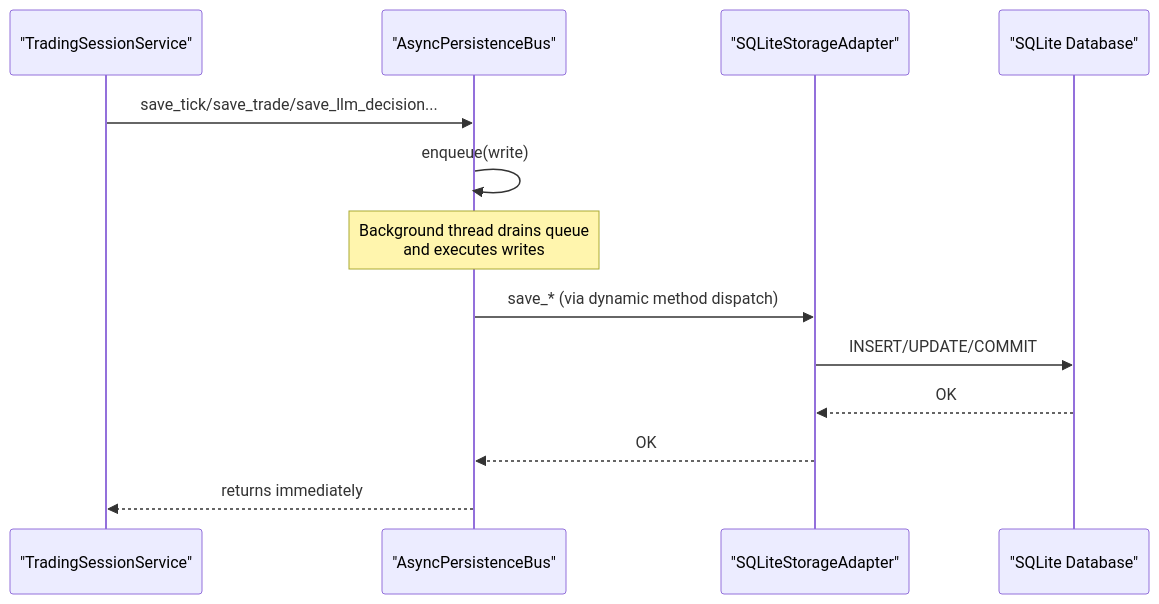
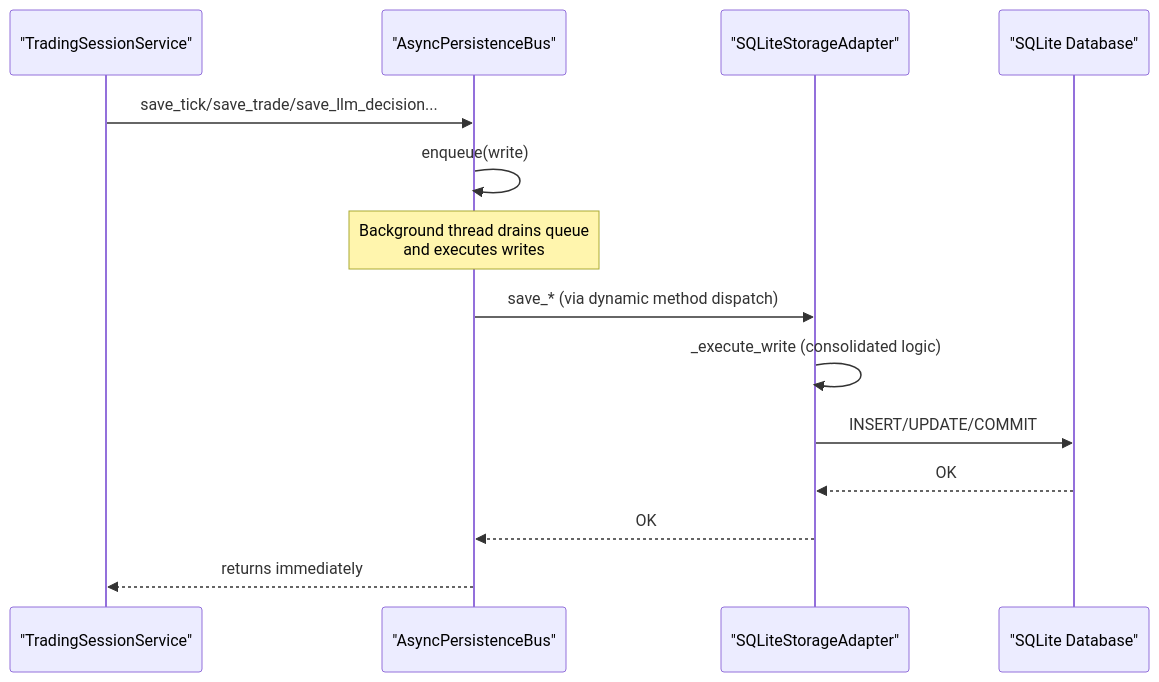
One commit to gemrajkhatry-maker/v5-of-glassytrade-ai changed the second of 7 diagrams in .qoder/repowiki/en/content/Backend Application/Infrastructure Adapters/Storage Adapters.md. Above: the diagram before and after it, drawn with Mermaid. The commit also changed other lines of this file and 930 other files, not shown here.

````diff
--- a/.qoder/repowiki/en/content/Backend Application/Infrastructure Adapters/Storage Adapters.md
+++ b/.qoder/repowiki/en/content/Backend Application/Infrastructure Adapters/Storage Adapters.md
@@ -108,15 +126,16 @@
 ```mermaid
 sequenceDiagram
 participant TS as "TradingSessionService"
 participant BUS as "AsyncPersistenceBus"
 participant SA as "SQLiteStorageAdapter"
 participant DB as "SQLite Database"
 TS->>BUS : save_tick/save_trade/save_llm_decision...
 BUS->>BUS : enqueue(write)
 Note over BUS : Background thread drains queue<br/>and executes writes
 BUS->>SA : save_* (via dynamic method dispatch)
+SA->>SA : _execute_write (consolidated logic)
 SA->>DB : INSERT/UPDATE/COMMIT
 DB-->>SA : OK
 SA-->>BUS : OK
 BUS-->>TS : returns immediately
 ```
````
